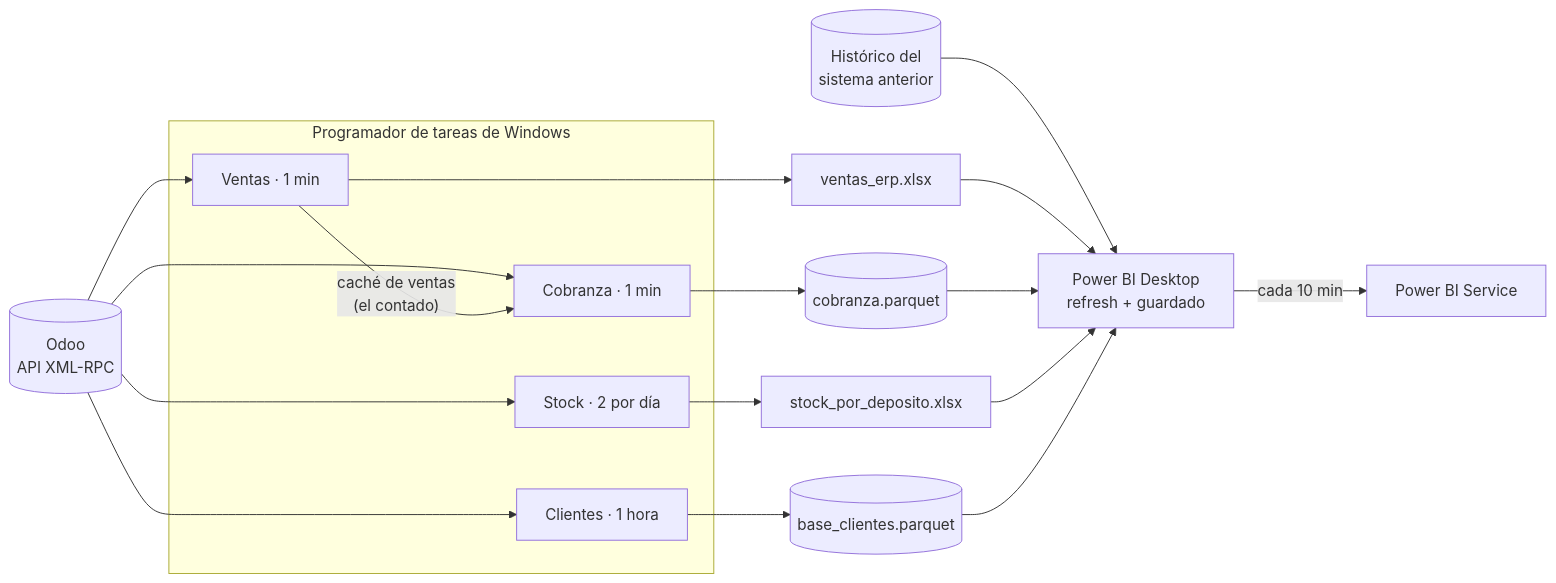
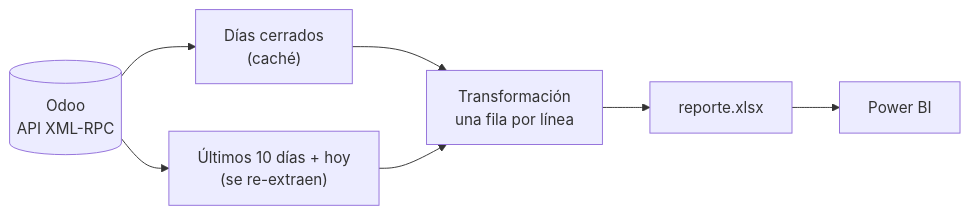
The diagram in pipeline-erp-odoo-a-powerbi/README.md (bordoncarlos/automatizacion), drawn with Mermaid before and after one commit. The commit also changed other lines of this file and 43 other files, not shown here.

First line of the commit message:
Simplifica a un actualizar_reporte generico por fuente

````diff
--- a/pipeline-erp-odoo-a-powerbi/README.md
+++ b/pipeline-erp-odoo-a-powerbi/README.md
@@ -38,22 +10,8 @@
 ```mermaid
 flowchart LR
-    ODOO[("Odoo<br/>API XML-RPC")]
-
-    subgraph TAREAS ["Programador de tareas de Windows"]
-        V["Ventas · 1 min"]
-        C["Cobranza · 1 min"]
-        S["Stock · 2 por día"]
-        K["Clientes · 1 hora"]
-    end
-
-    ODOO --> V & C & S & K
-    V -- "caché de ventas<br/>(el contado)" --> C
-    V --> XV["ventas_erp.xlsx"]
-    C --> PC[("cobranza.parquet")]
-    S --> XS["stock_por_deposito.xlsx"]
-    K --> PK[("base_clientes.parquet")]
-
-    HIST[("Histórico del<br/>sistema anterior")] --> PBI
-    XV & PC & XS & PK --> PBI["Power BI Desktop<br/>refresh + guardado"]
-    PBI -- "cada 10 min" --> SVC["Power BI Service"]
+    ODOO[("Odoo<br/>API XML-RPC")] --> C["Días cerrados<br/>(caché)"]
+    ODOO --> W["Últimos 10 días + hoy<br/>(se re-extraen)"]
+    C & W --> T["Transformación<br/>una fila por línea"]
+    T --> X["reporte.xlsx"]
+    X --> PBI["Power BI"]
 ```
````
